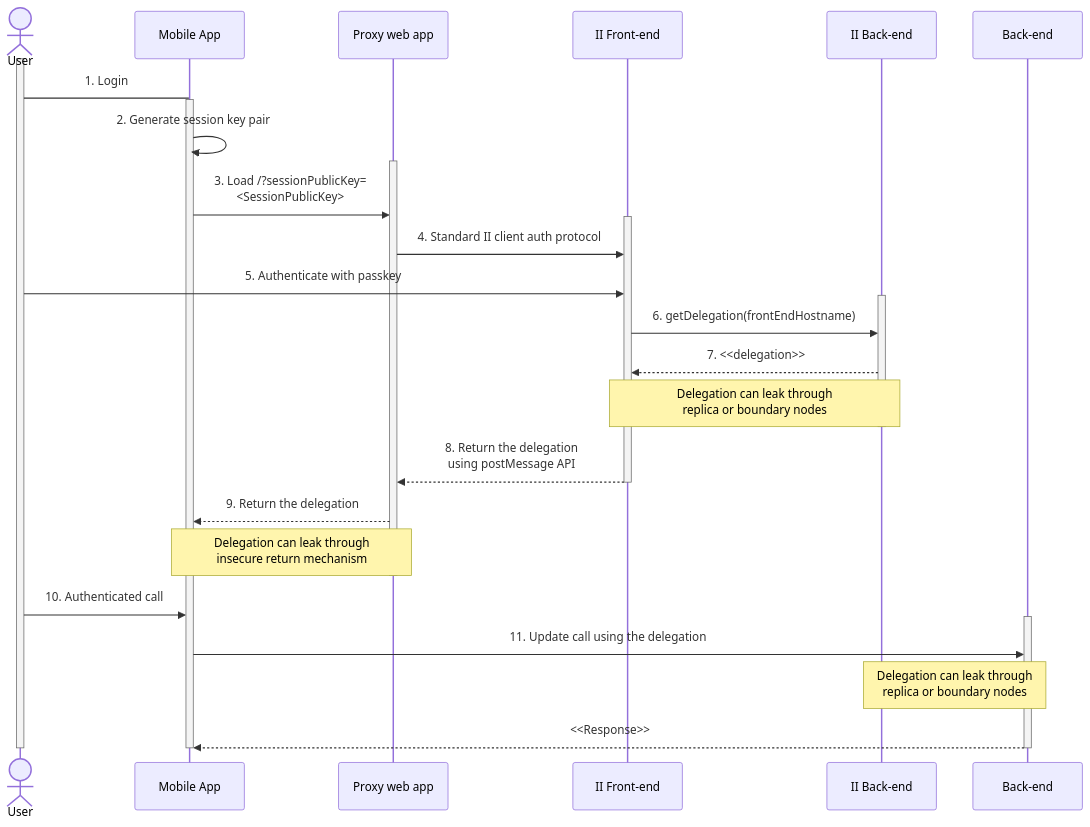
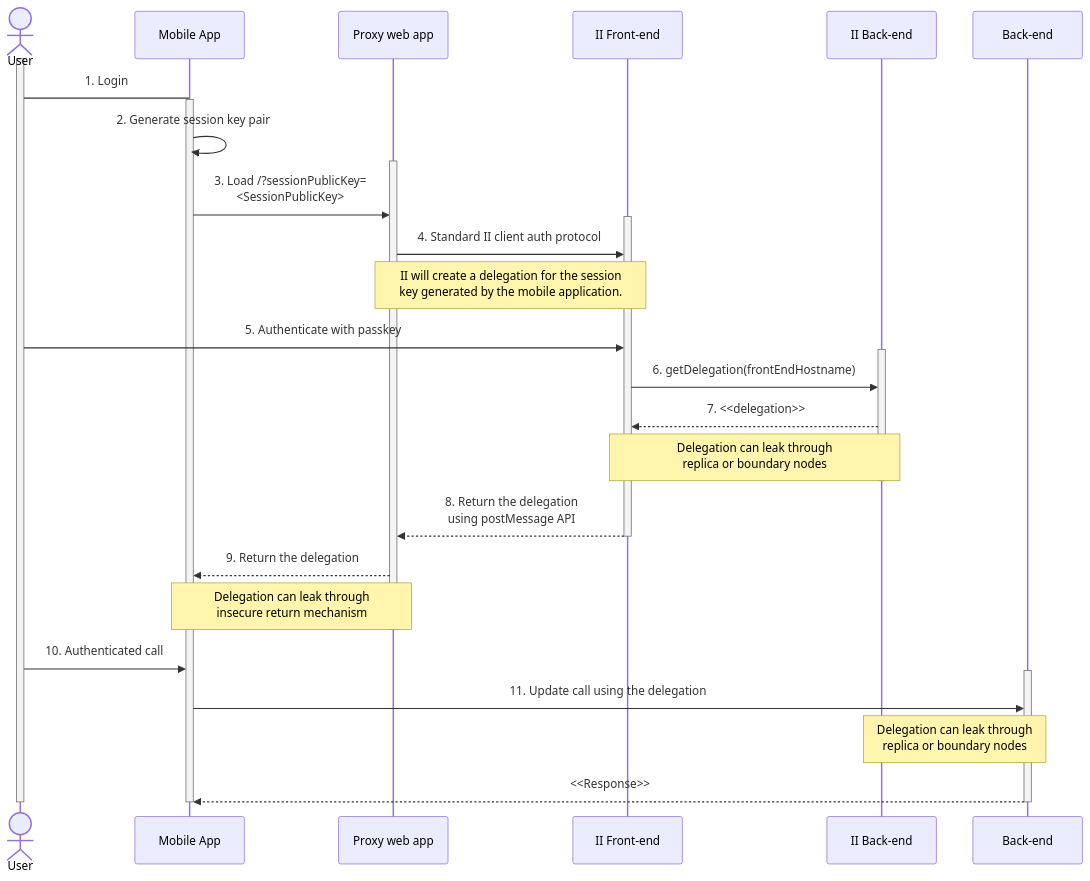
The first of 2 diagrams in docs/developer-docs/security/security-best-practices/iam.mdx (dfinity/portal), drawn with Mermaid before and after one commit.

Commit message:
Update iam.mdx
Addresses @venkkatesh-sekar remark.

````diff
--- a/docs/developer-docs/security/security-best-practices/iam.mdx
+++ b/docs/developer-docs/security/security-best-practices/iam.mdx
@@ -128,37 +128,38 @@
 ```mermaid
 sequenceDiagram
     actor U as User
     participant MA as Mobile App
     participant PWA as Proxy web app
     participant II_FE as II Front-end
     participant II_BE as II Back-end
     participant BE as Back-end
 
     activate U
     U -> MA : 1. Login
     activate MA
     MA ->> MA : 2. Generate session key pair
     activate PWA
     MA ->> PWA: 3. Load /?sessionPublicKey=<br/><SessionPublicKey>
     activate II_FE
     PWA ->> II_FE: 4. Standard II client auth protocol
+    Note over PWA,II_FE: II will create a delegation for the session<br/>key generated by the mobile application.
     U ->> II_FE: 5. Authenticate with passkey
     activate II_BE
     II_FE ->> II_BE: 6. getDelegation(frontEndHostname)
     II_BE -->> II_FE: 7. <<delegation>>
     Note over II_BE,II_FE: Delegation can leak through<br/> replica or boundary nodes
     deactivate II_BE
     II_FE -->> PWA: 8. Return the delegation<br/>using postMessage API
     deactivate II_FE
     PWA -->> MA: 9. Return the delegation
     Note over PWA,MA: Delegation can leak through<br/> insecure return mechanism
     deactivate PWA
     U ->> MA: 10. Authenticated call
     activate BE
     MA ->> BE: 11. Update call using the delegation
     Note over II_BE,BE: Delegation can leak through<br/> replica or boundary nodes
     BE -->> MA: <<Response>>
     deactivate BE
     deactivate MA
     deactivate U
 ```
````
